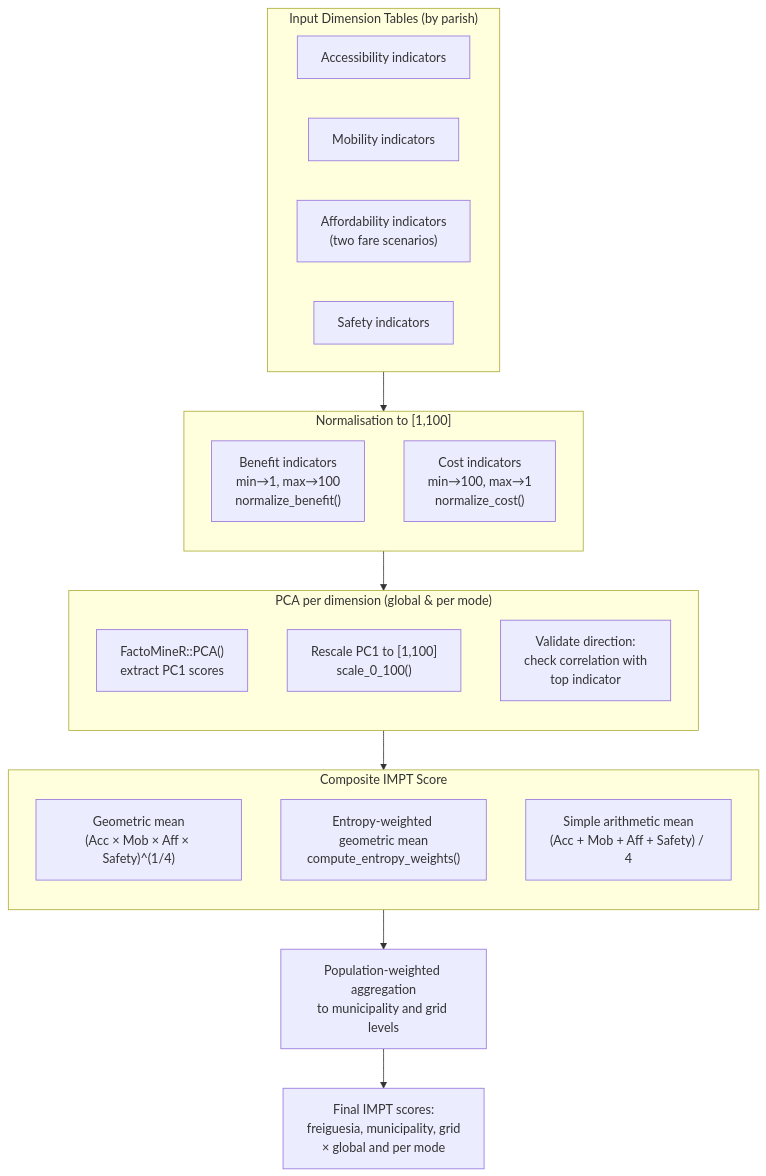
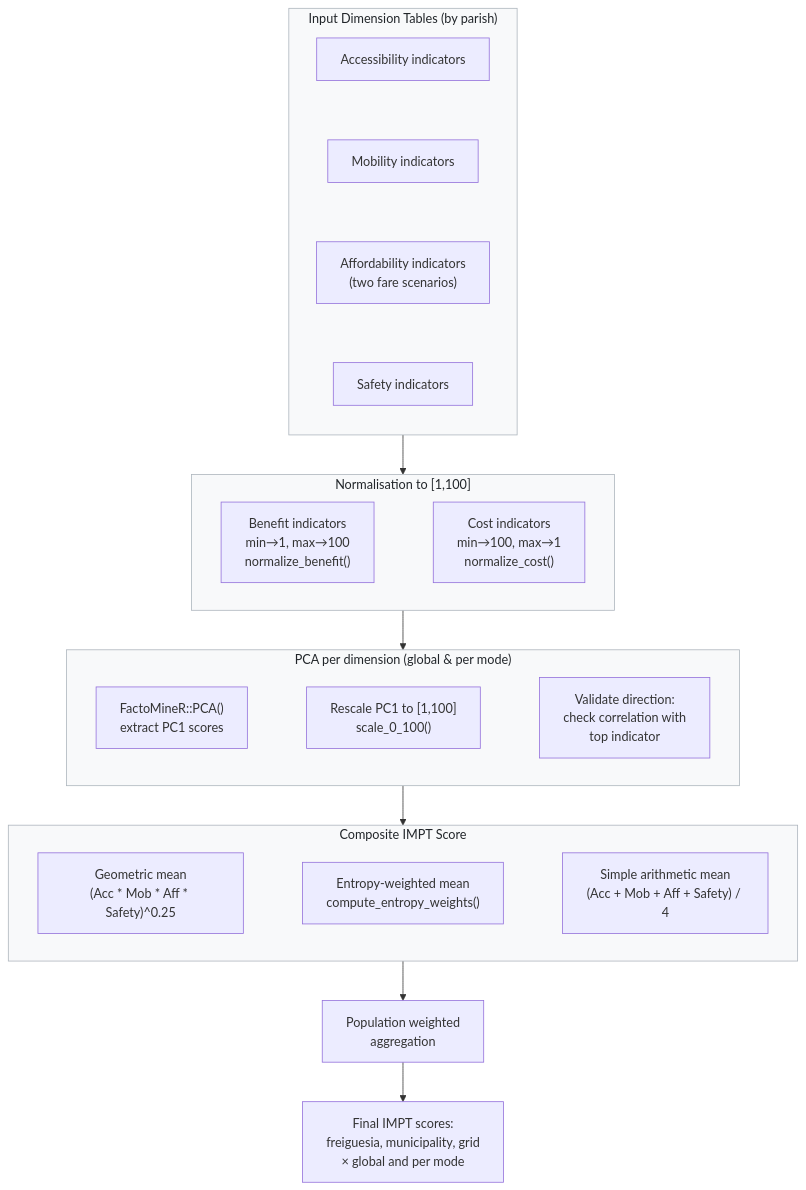
One commit to U-Shift/IMPT-data changed the diagram in documents/calculator.qmd. Above: the diagram before and after it, drawn with Mermaid. The commit also changed other lines of this file and 2 other files, not shown here.

Commit message:
fix safety normalization inverted #19 #21

````diff
--- a/documents/calculator.qmd
+++ b/documents/calculator.qmd
@@ -6,40 +6,60 @@
 ```{mermaid}
 %%| label: fig-calculator-flow
 %%| fig-cap: "IMPT index computation pipeline"
 flowchart TB
+    %% Nodes
+    AccIn["Accessibility indicators"]
+    MobIn["Mobility indicators"]
+    AffIn["Affordability indicators<br>(two fare scenarios)"]
+    SafIn["Safety indicators"]
+    
+    Ben["Benefit indicators<br>min→1, max→100<br>normalize_benefit()"]
+    Cost["Cost indicators<br>min→100, max→1<br>normalize_cost()"]
+    
+    Run["FactoMineR::PCA()<br>extract PC1 scores"]
+    Scale["Rescale PC1 to [1,100]<br>scale_0_100()"]
+    Direction["Validate direction:<br>check correlation with<br>top indicator"]
+    
+    Geom["Geometric mean<br>(Acc * Mob * Aff * Safety)^0.25"]
+    EntrW["Entropy-weighted mean<br>compute_entropy_weights()"]
+    Simple["Simple arithmetic mean<br>(Acc + Mob + Aff + Safety) / 4"]
+    
+    SpatialAgg["Population weighted<br>aggregation"]
+    Out["Final IMPT scores:<br>freiguesia, municipality, grid<br>× global and per mode"]
+
+    %% Connections
     subgraph Inputs["Input Dimension Tables (by parish)"]
-        AccIn["Accessibility indicators"]
-        MobIn["Mobility indicators"]
-        AffIn["Affordability indicators<br/>(two fare scenarios)"]
-        SafIn["Safety indicators"]
+        direction TB
+        AccIn ~~~ MobIn ~~~ AffIn ~~~ SafIn
     end
     
     Inputs --> Normalise
     
     subgraph Normalise["Normalisation to [1,100]"]
-        direction TB
-        Ben["Benefit indicators<br/>min→1, max→100<br/>normalize_benefit()"]
-        Cost["Cost indicators<br/>min→100, max→1<br/>normalize_cost()"]
+        direction LR
+        Ben ~~~ Cost
     end
     
     Normalise --> PCA
     
     subgraph PCA["PCA per dimension (global & per mode)"]
-        direction TB
-        Run["FactoMineR::PCA()<br/>extract PC1 scores"]
-        Scale["Rescale PC1 to [1,100]<br/>scale_0_100()"]
-        Direction["Validate direction:<br/>check correlation with<br/>top indicator"]
+        direction LR
+        Run ~~~ Scale ~~~ Direction
     end
     
     PCA --> Composite
     
     subgraph Composite["Composite IMPT Score"]
-        direction TB
-        Geom["Geometric mean<br/>(Acc × Mob × Aff × Safety)^(1/4)"]
-        EntrW["Entropy-weighted geometric mean<br/>compute_entropy_weights()"]
-        Simple["Simple arithmetic mean<br/>(Acc + Mob + Aff + Safety) / 4"]
+        direction LR
+        Geom ~~~ EntrW ~~~ Simple
     end
     
-    Composite --> Agg["Population-weighted aggregation<br/>to municipality and grid levels"]
-    Agg --> Out["Final IMPT scores:<br/>freiguesia, municipality, grid<br/>× global and per mode"]
+    Composite --> SpatialAgg
+    SpatialAgg --> Out
+
+    %% Subgraph styling
+    style Inputs fill:#f8f9fa,stroke:#adb5bd,stroke-width:1px,color:#212529
+    style Normalise fill:#f8f9fa,stroke:#adb5bd,stroke-width:1px,color:#212529
+    style PCA fill:#f8f9fa,stroke:#adb5bd,stroke-width:1px,color:#212529
+    style Composite fill:#f8f9fa,stroke:#adb5bd,stroke-width:1px,color:#212529
 ```
````
